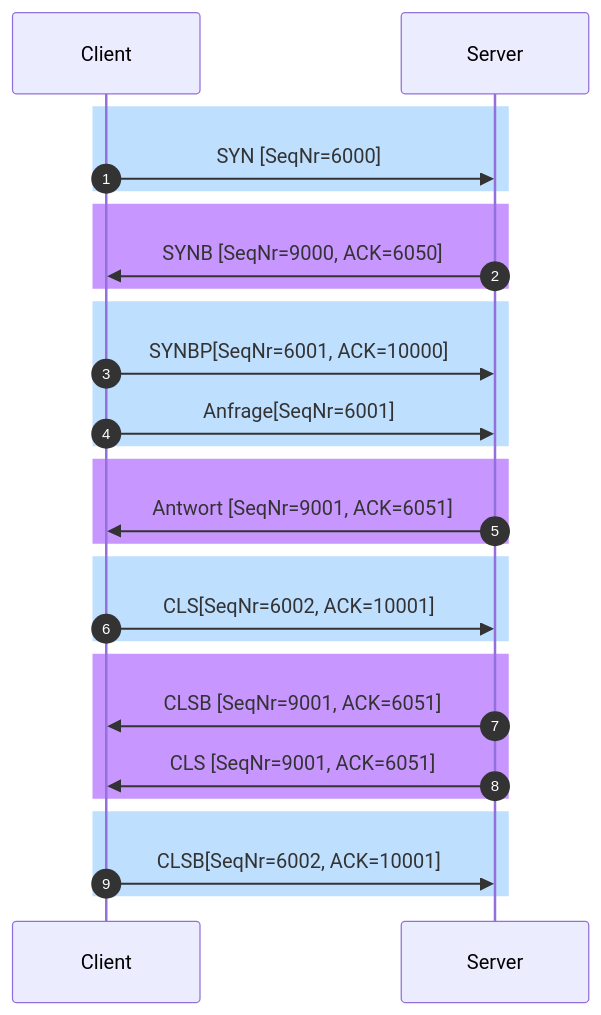
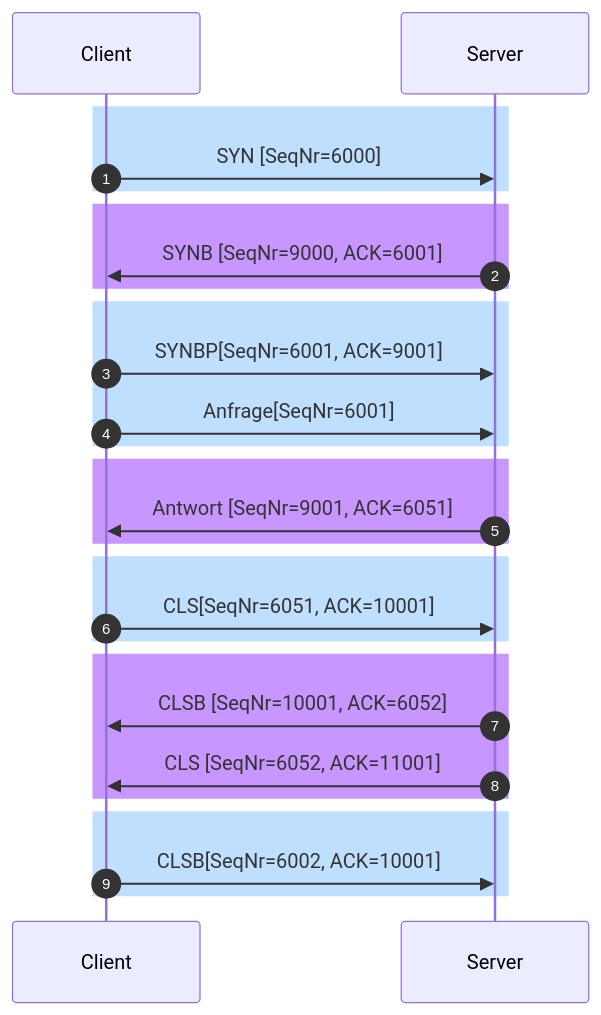
The fifth of 5 diagrams in content/4.Semester/Informatik/RNVS/RNVS-Übungblätter/ÜB 06/RNVS-Blatt-06.md (noluyorAbi/quartzDeployment), drawn with Mermaid before and after one commit. The commit also changed other lines of this file and 3 other files, not shown here.

````diff
--- a/content/4.Semester/Informatik/RNVS/RNVS-Übungblätter/ÜB 06/RNVS-Blatt-06.md
+++ b/content/4.Semester/Informatik/RNVS/RNVS-Übungblätter/ÜB 06/RNVS-Blatt-06.md
@@ -645,31 +665,31 @@
 ```mermaid
 sequenceDiagram
 autonumber
 
 	participant C as Client
 	participant S as Server
 
 rect rgb(191, 223, 255)
 C->>S: SYN [SeqNr=6000]
 end
 rect rgb(200, 150, 255)
-S->>C: SYNB [SeqNr=9000, ACK=6050]
+S->>C: SYNB [SeqNr=9000, ACK=6001]
 end
 rect rgb(191, 223, 255)
-C->>S: SYNBP[SeqNr=6001, ACK=10000]
+C->>S: SYNBP[SeqNr=6001, ACK=9001]
 C->>S: Anfrage[SeqNr=6001]
 end
 rect rgb(200, 150, 255)
 S->>C: Antwort [SeqNr=9001, ACK=6051]
 end
 rect rgb(191, 223, 255)
-C->>S: CLS[SeqNr=6002, ACK=10001]
+C->>S: CLS[SeqNr=6051, ACK=10001]
 end
 rect rgb(200, 150, 255)
-S->>C: CLSB [SeqNr=9001, ACK=6051]
-S->>C: CLS [SeqNr=9001, ACK=6051]
+S->>C: CLSB [SeqNr=10001, ACK=6052]
+S->>C: CLS [SeqNr=6052, ACK=11001]
 end
 rect rgb(191, 223, 255)
 C->>S: CLSB[SeqNr=6002, ACK=10001]
 end
 ```
````
